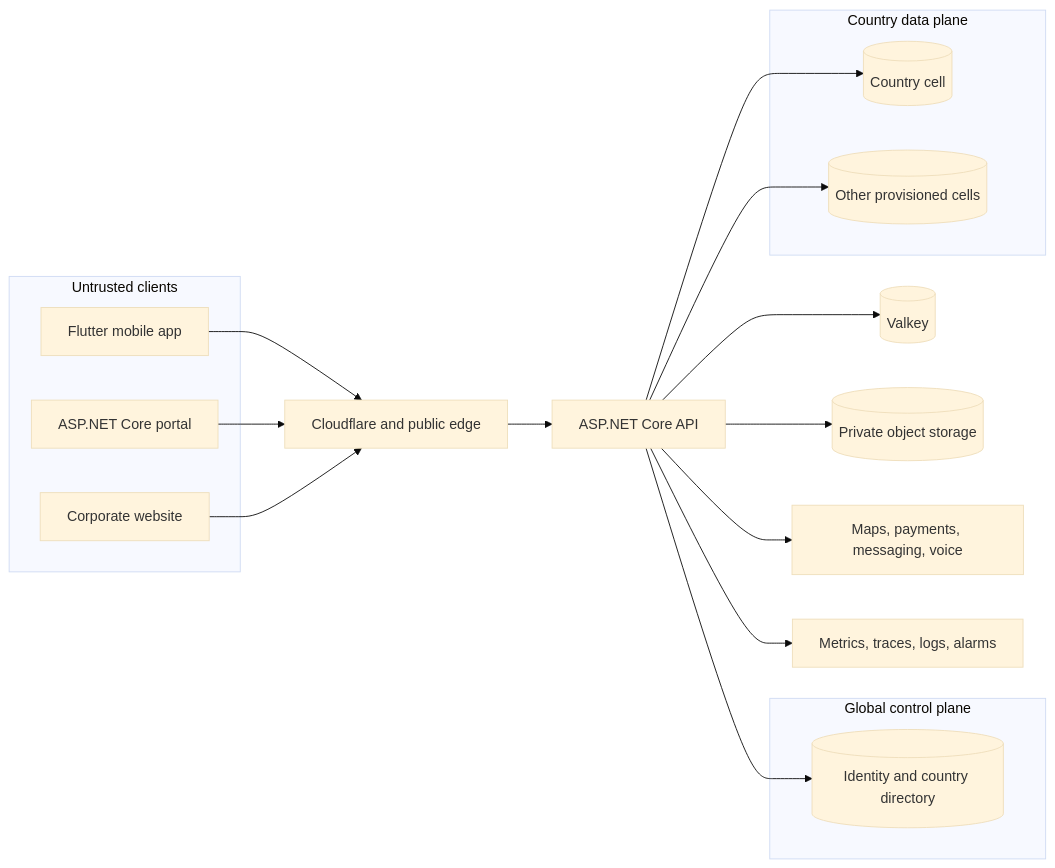
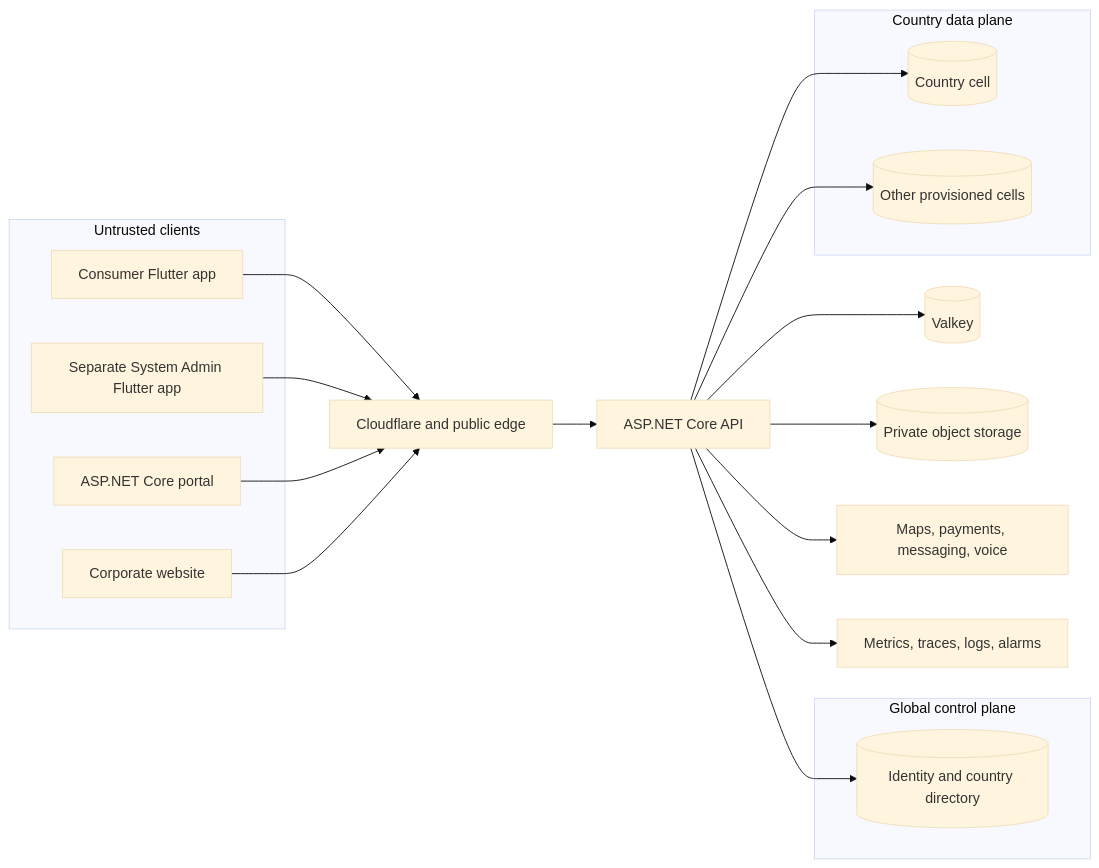
Before and after one commit to KiloDriveApp/KiloDrive-Architecture: the diagram in docs/architecture/system-context.md, drawn with Mermaid (base theme). The commit also changed other lines of this file and 12 other files, not shown here.

Commit message:
Document separate admin and consumer mobile architecture

````diff
--- a/docs/architecture/system-context.md
+++ b/docs/architecture/system-context.md
@@ -32,37 +32,39 @@
 ```mermaid
 flowchart LR
     subgraph Clients[Untrusted clients]
-        Mobile[Flutter mobile app]
+        Mobile[Consumer Flutter app]
+        AdminMobile[Separate System Admin Flutter app]
         Portal[ASP.NET Core portal]
         Website[Corporate website]
     end
 
     Edge[Cloudflare and public edge]
     API[ASP.NET Core API]
 
     subgraph Control[Global control plane]
         Identity[(Identity and country directory)]
     end
 
     subgraph Cells[Country data plane]
         JM[(Country cell)]
         Other[(Other provisioned cells)]
     end
 
     Valkey[(Valkey)]
     ObjectStore[(Private object storage)]
     Providers[Maps, payments, messaging, voice]
     Telemetry[Metrics, traces, logs, alarms]
 
     Mobile --> Edge
+    AdminMobile --> Edge
     Portal --> Edge
     Website --> Edge
     Edge --> API
     API --> Identity
     API --> JM
     API --> Other
     API --> Valkey
     API --> ObjectStore
     API --> Providers
     API --> Telemetry
 ```
````
